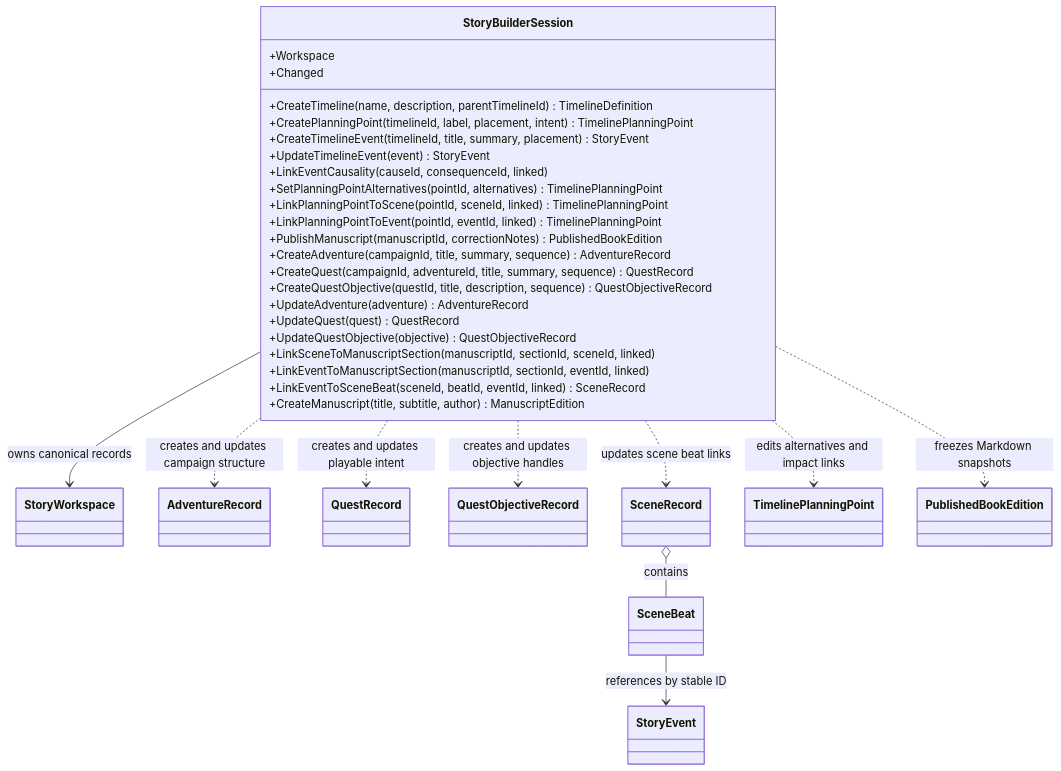
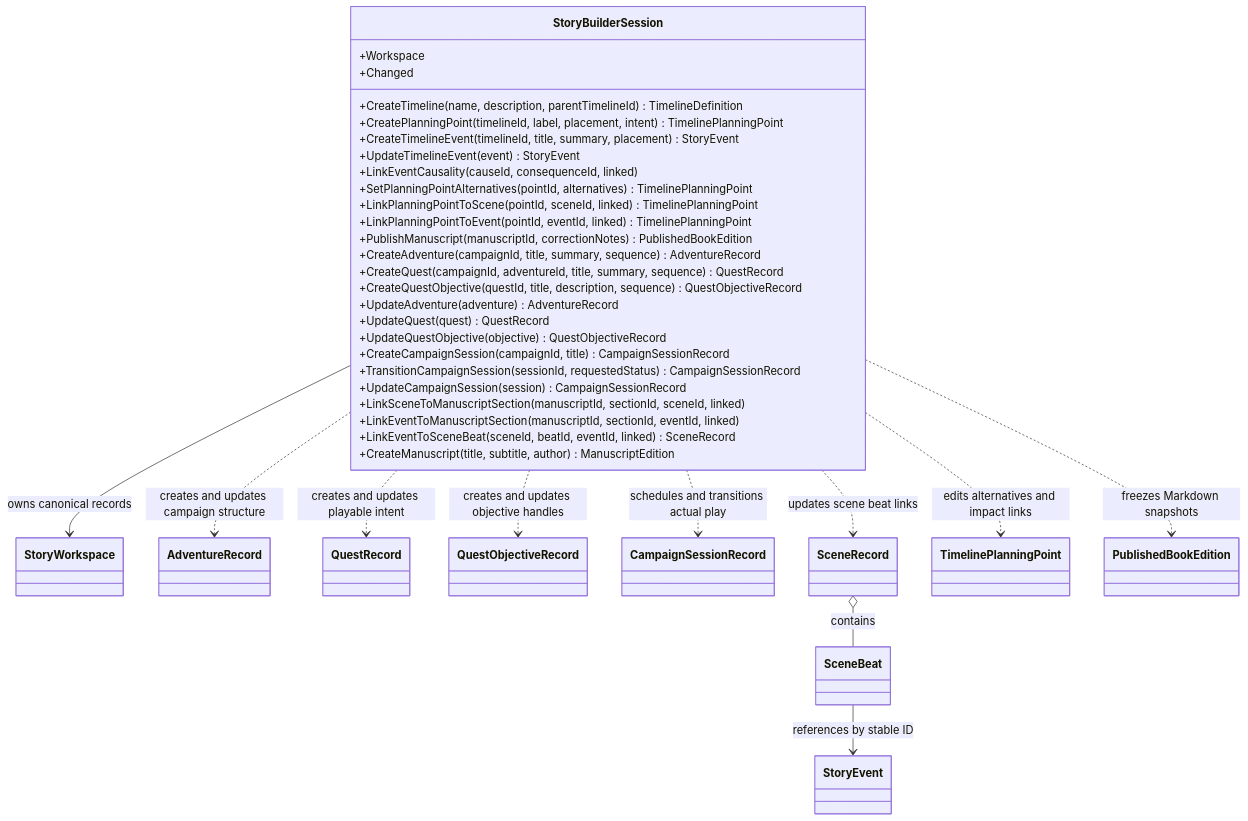
One commit to TrentBest/StoryBuilder changed the diagram in docs/UML/StoryBuilderSessionUML.md. Above: the diagram before and after it, drawn with Mermaid.

Commit message:
Update session UML for campaign session lifecycle

````diff
--- a/docs/UML/StoryBuilderSessionUML.md
+++ b/docs/UML/StoryBuilderSessionUML.md
@@ -3,44 +3,49 @@
 ```mermaid
 classDiagram
     class StoryBuilderSession {
         +Workspace
         +CreateTimeline(name, description, parentTimelineId) TimelineDefinition
         +CreatePlanningPoint(timelineId, label, placement, intent) TimelinePlanningPoint
         +CreateTimelineEvent(timelineId, title, summary, placement) StoryEvent
         +UpdateTimelineEvent(event) StoryEvent
         +LinkEventCausality(causeId, consequenceId, linked)
         +SetPlanningPointAlternatives(pointId, alternatives) TimelinePlanningPoint
         +LinkPlanningPointToScene(pointId, sceneId, linked) TimelinePlanningPoint
         +LinkPlanningPointToEvent(pointId, eventId, linked) TimelinePlanningPoint
         +PublishManuscript(manuscriptId, correctionNotes) PublishedBookEdition
         +CreateAdventure(campaignId, title, summary, sequence) AdventureRecord
         +CreateQuest(campaignId, adventureId, title, summary, sequence) QuestRecord
         +CreateQuestObjective(questId, title, description, sequence) QuestObjectiveRecord
         +UpdateAdventure(adventure) AdventureRecord
         +UpdateQuest(quest) QuestRecord
         +UpdateQuestObjective(objective) QuestObjectiveRecord
+        +CreateCampaignSession(campaignId, title) CampaignSessionRecord
+        +TransitionCampaignSession(sessionId, requestedStatus) CampaignSessionRecord
+        +UpdateCampaignSession(session) CampaignSessionRecord
         +LinkSceneToManuscriptSection(manuscriptId, sectionId, sceneId, linked)
         +LinkEventToManuscriptSection(manuscriptId, sectionId, eventId, linked)
         +LinkEventToSceneBeat(sceneId, beatId, eventId, linked) SceneRecord
         +CreateManuscript(title, subtitle, author) ManuscriptEdition
         +Changed
     }
     class StoryWorkspace
     class AdventureRecord
     class QuestRecord
     class QuestObjectiveRecord
+    class CampaignSessionRecord
     class SceneRecord
     class SceneBeat
     class TimelinePlanningPoint
     class PublishedBookEdition
     class StoryEvent
     StoryBuilderSession --> StoryWorkspace : owns canonical records
     StoryBuilderSession ..> AdventureRecord : creates and updates campaign structure
     StoryBuilderSession ..> QuestRecord : creates and updates playable intent
     StoryBuilderSession ..> QuestObjectiveRecord : creates and updates objective handles
+    StoryBuilderSession ..> CampaignSessionRecord : schedules and transitions actual play
     StoryBuilderSession ..> TimelinePlanningPoint : edits alternatives and impact links
     StoryBuilderSession ..> PublishedBookEdition : freezes Markdown snapshots
     StoryBuilderSession ..> SceneRecord : updates scene beat links
     SceneRecord o-- SceneBeat : contains
     SceneBeat --> StoryEvent : references by stable ID
 ```
````
